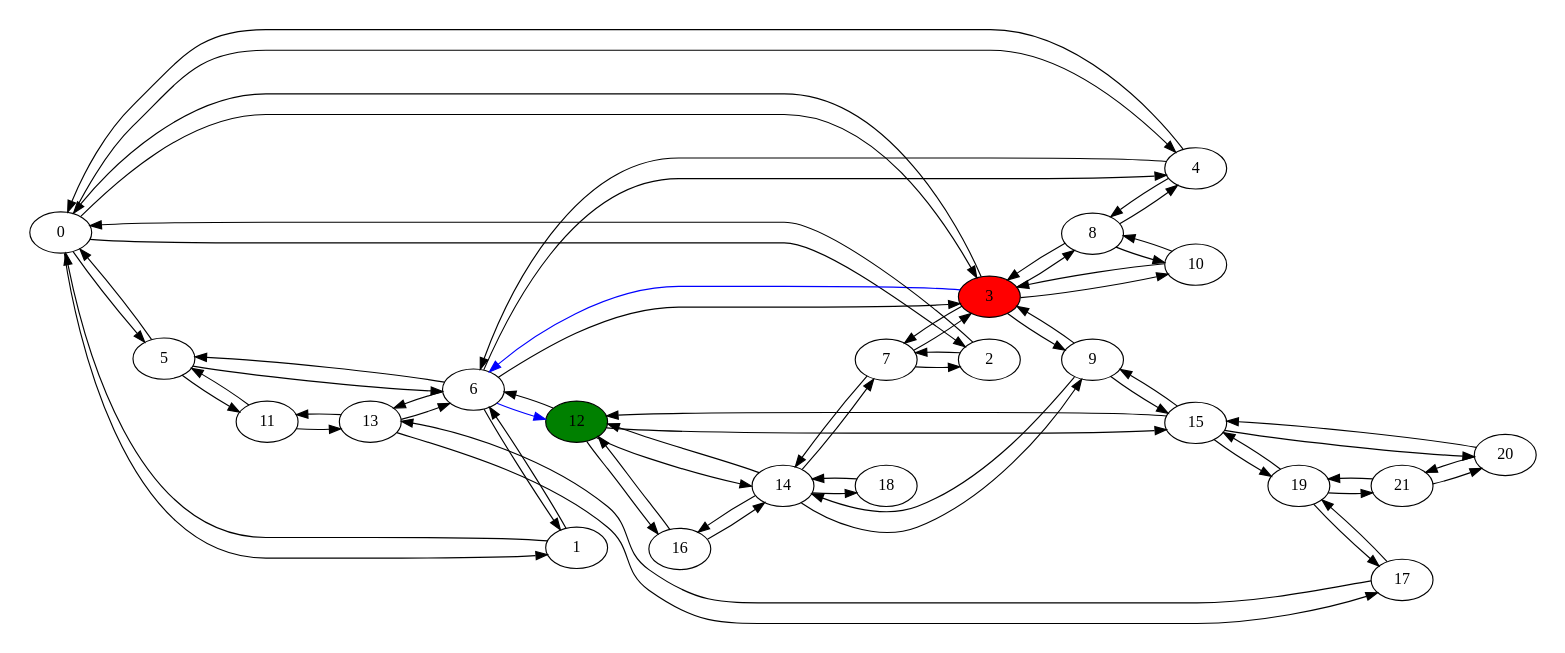
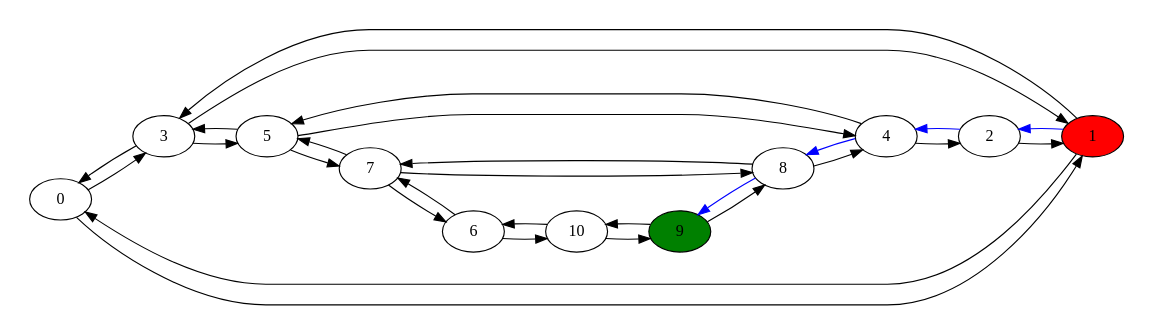
Before and after one commit to brunnerklueger/bitmatrix: the diagram in Prototipo/grafoColorido.dot, drawn with Graphviz. The commit also changed 27 other files, not shown here.

```diff
--- a/Prototipo/grafoColorido.dot
+++ b/Prototipo/grafoColorido.dot
@@ -1,79 +1,41 @@
 digraph 1 {
 graph[fontname="CourierNew";rankdir="LR";pad="0.25"]
 node[fontname="CourierNew" target="_parent"]
 edge[fontname="CourierNew"]
 
-0->5
-0->4
 0->3
-0->2
 0->1
-1->6
+1->3
+1->2 [color=blue]
+
 1->0
-2->7
-2->0
-3->10
-3->9
-3->8
-3->7
-3->6 [color=blue]
+2->4 [color=blue]
 
+2->1
+3->5
+3->1
 3->0
-4->8
-4->6
-4->0
-5->11
-5->6
-5->0
-6->13
-6->12 [color=blue]
+4->8 [color=blue]
 
-6->5
-6->4
-6->3
-6->1
-7->14
-7->3
-7->2
-8->10
+4->5
+4->2
+5->7
+5->4
+5->3
+6->10
+6->7
+7->8
+7->6
+7->5
+8->9 [color=blue]
+
+8->7
 8->4
-8->3
-9->15
-9->14
-9->3
-10->8
-10->3
-11->13
-11->5
-12->16
-12->15
-12->14
-12->6
-13->17
-13->11
-13->6
-14->18
-14->16
-14->12
-14->9
-14->7
-15->20
-15->19
-15->12
-15->9
-16->14
-16->12
-17->19
-17->13
-18->14
-19->21
-19->17
-19->15
-20->21
-20->15
-21->20
-21->19
+9->10
+9->8
+10->9
+10->6
 
-3[style=filled, fillcolor=red]
-12[style=filled, fillcolor=green]
+1[style=filled, fillcolor=red]
+9[style=filled, fillcolor=green]
 }
```
